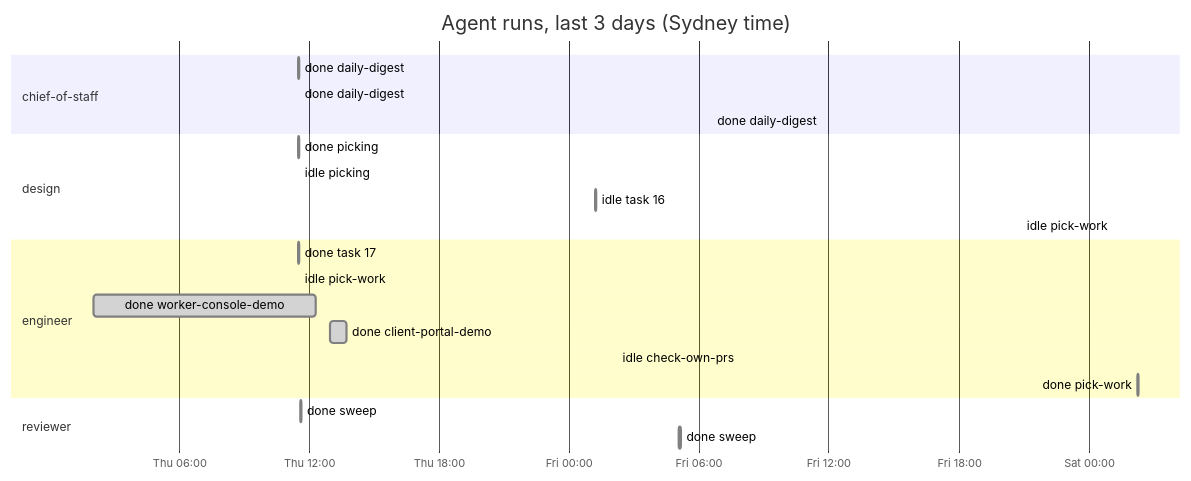
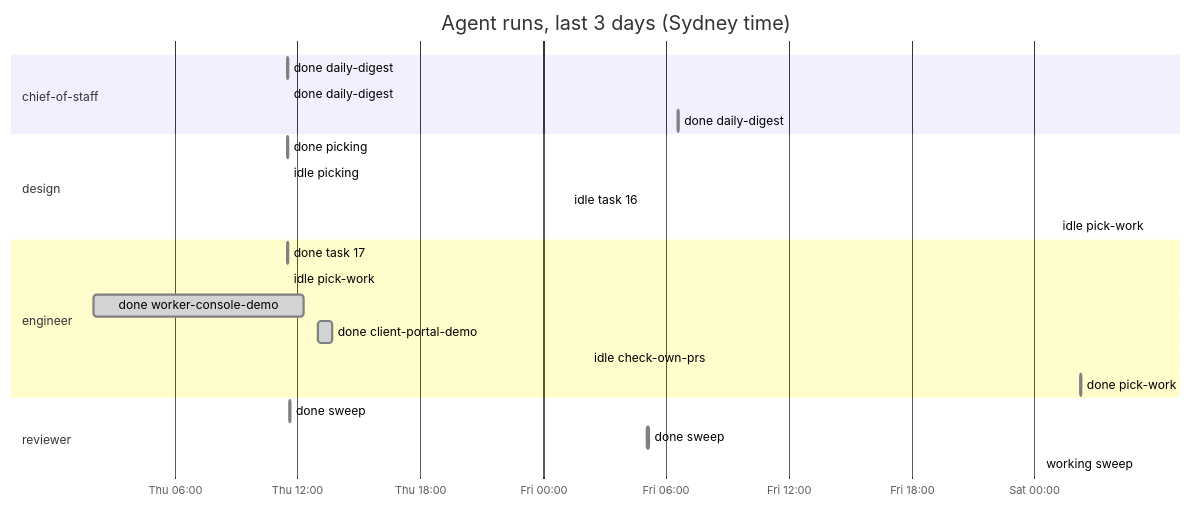
Before and after one commit to roulmediateam-byte/fifteen-expert-hq: the diagram in dashboard.md, drawn with Mermaid. The commit also changed other lines of this file and 1 other file, not shown here.

````diff
--- a/dashboard.md
+++ b/dashboard.md
@@ -35,25 +35,26 @@
 ```mermaid
 gantt
     title Agent runs, last 3 days (Sydney time)
     dateFormat YYYY-MM-DD HH:mm
     axisFormat %a %H:%M
     section chief-of-staff
     done daily-digest :done, 2026-11-05 11:31, 2026-11-05 11:32
     done daily-digest :done, 2026-11-05 11:33, 2026-11-05 11:34
     done daily-digest :done, 2026-11-06 06:35, 2026-11-06 06:37
     section design
     done picking :done, 2026-11-05 11:31, 2026-11-05 11:32
     idle picking :done, 2026-11-05 11:33, 2026-11-05 11:33
     idle task 16 :done, 2026-11-06 01:14, 2026-11-06 01:15
     idle pick-work :done, 2026-11-07 01:08, 2026-11-07 01:08
     section engineer
     done task 17 :done, 2026-11-05 11:31, 2026-11-05 11:32
     idle pick-work :done, 2026-11-05 11:32, 2026-11-05 11:32
     done worker-console-demo :done, 2026-11-05 02:03, 2026-11-05 12:19
     done client-portal-demo :done, 2026-11-05 12:59, 2026-11-05 13:44
     idle check-own-prs :done, 2026-11-06 02:14, 2026-11-06 02:14
     done pick-work :done, 2026-11-07 02:15, 2026-11-07 02:18
     section reviewer
     done sweep :done, 2026-11-05 11:37, 2026-11-05 11:39
     done sweep :done, 2026-11-06 05:05, 2026-11-06 05:10
+    working sweep :active, 2026-11-07 05:05, 2026-11-07 05:05
 ```
````
